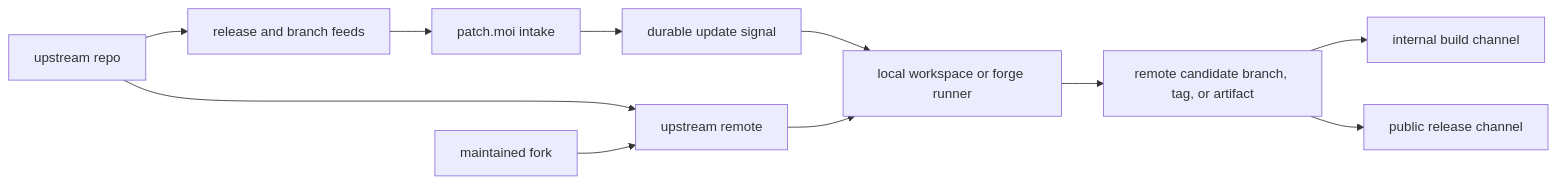
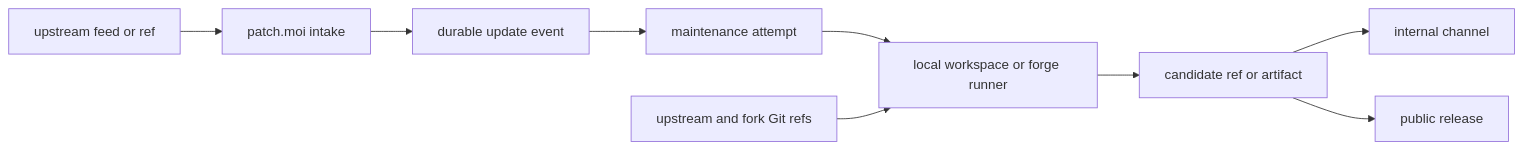
The diagram in docs/pages/index.md (peezy-tech/patch.moi), drawn with Mermaid before and after one commit. The commit also changed other lines of this file and 12 other files, not shown here.

Commit message:
docs: clarify patch maintenance architecture

````diff
--- a/docs/pages/index.md
+++ b/docs/pages/index.md
@@ -25,13 +21,11 @@
 ```mermaid
 flowchart LR
-  Upstream["upstream repo"] --> Feed["release and branch feeds"]
-  Upstream --> Git["upstream remote"]
-  Fork["maintained fork"] --> Git
-  Feed --> Patch["patch.moi intake"]
-  Patch --> Event["durable update signal"]
-  Event --> Workspace["local workspace or forge runner"]
-  Git --> Workspace
-  Workspace --> Candidate["remote candidate branch, tag, or artifact"]
-  Candidate --> Internal["internal build channel"]
-  Candidate --> Public["public release channel"]
+  Upstream["upstream feed or ref"] --> Patch["patch.moi intake"]
+  Patch --> Event["durable update event"]
+  Event --> Attempt["maintenance attempt"]
+  Attempt --> Workspace["local workspace or forge runner"]
+  Git["upstream and fork Git refs"] --> Workspace
+  Workspace --> Candidate["candidate ref or artifact"]
+  Candidate --> Internal["internal channel"]
+  Candidate --> Public["public release"]
 ```
````
